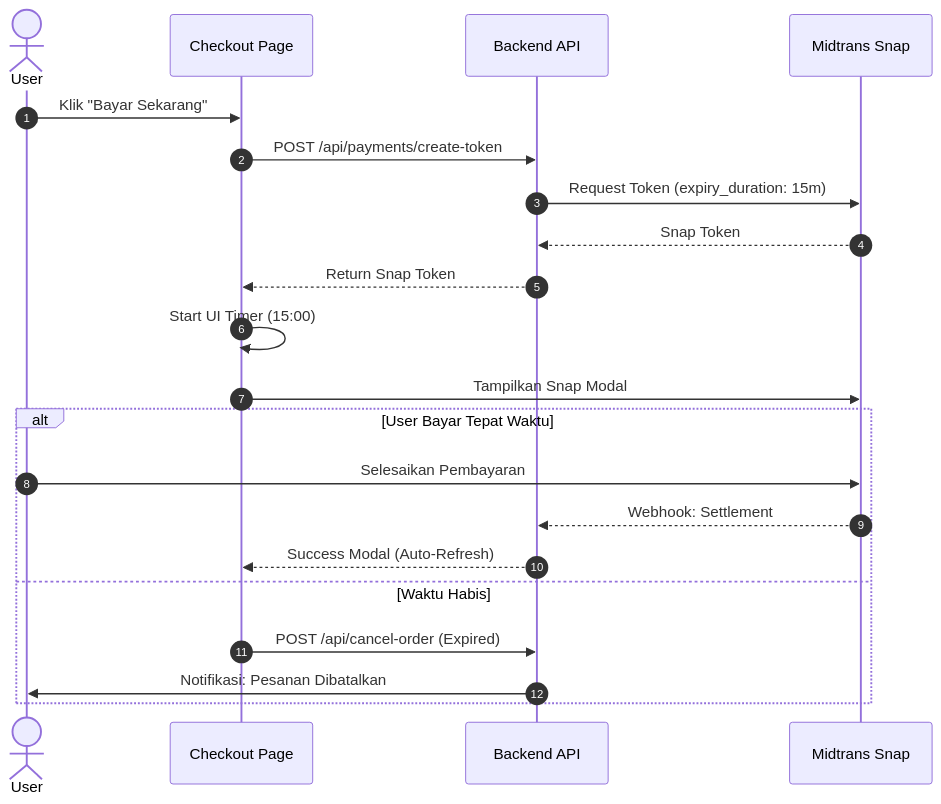
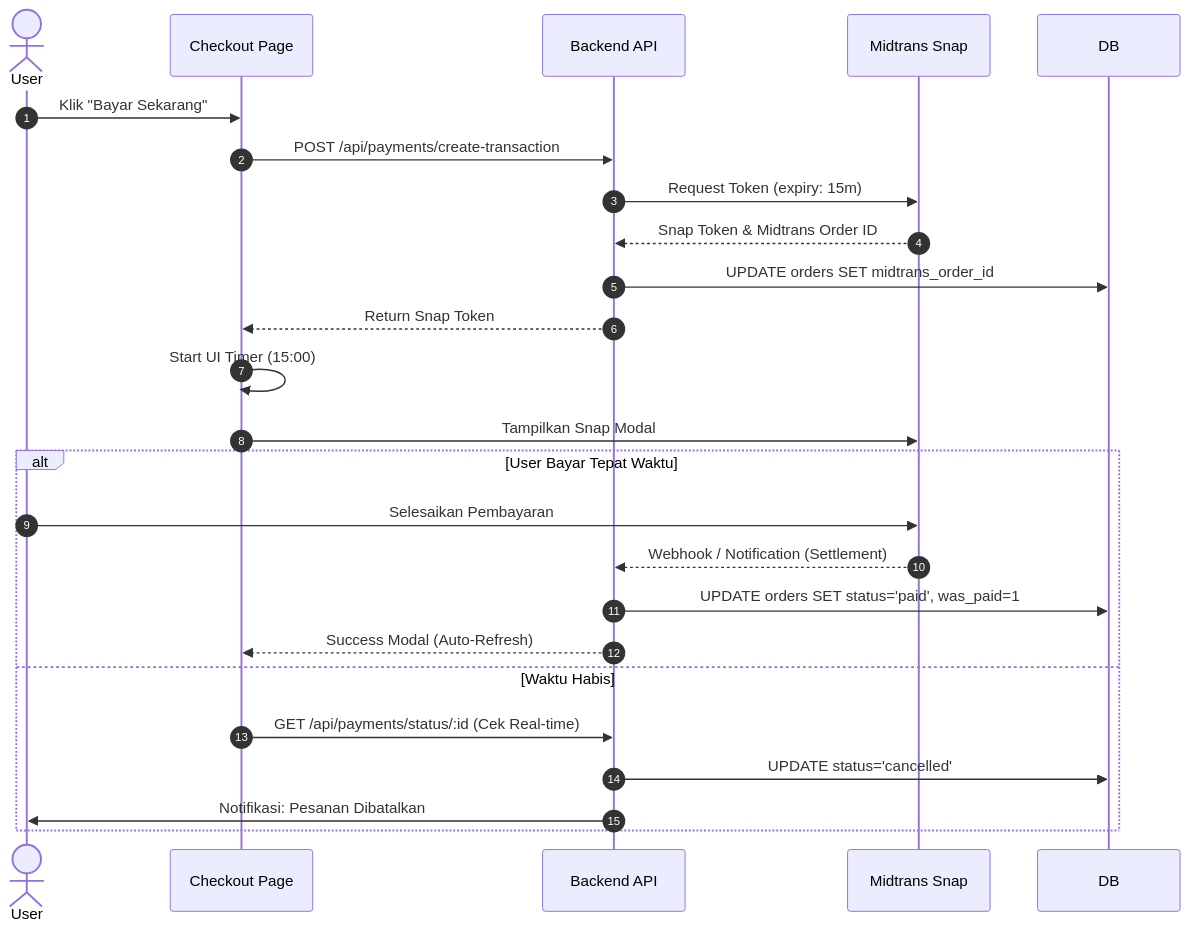
Before and after one commit to AkbarHusaini/website-reservasi-online-Ineri-suki: the fourth of 8 diagrams in DIAGRAM.md, drawn with Mermaid. The commit also changed other lines of this file and 7 other files, not shown here.

Commit message:
Update: slimmed admin UI scaling, added logo favicon, updated project name and architecture diagrams

````diff
--- a/DIAGRAM.md
+++ b/DIAGRAM.md
@@ -99,26 +99,29 @@
 ```mermaid
 sequenceDiagram
     autonumber
     actor User
     participant FE as Checkout Page
     participant BE as Backend API
     participant PG as Midtrans Snap
 
     User->>FE: Klik "Bayar Sekarang"
-    FE->>BE: POST /api/payments/create-token
-    BE->>PG: Request Token (expiry_duration: 15m)
-    PG-->>BE: Snap Token
+    FE->>BE: POST /api/payments/create-transaction
+    BE->>PG: Request Token (expiry: 15m)
+    PG-->>BE: Snap Token & Midtrans Order ID
+    BE->>DB: UPDATE orders SET midtrans_order_id
     BE-->>FE: Return Snap Token
     
     FE->>FE: Start UI Timer (15:00)
     FE->>PG: Tampilkan Snap Modal
     
     alt User Bayar Tepat Waktu
         User->>PG: Selesaikan Pembayaran
-        PG-->>BE: Webhook: Settlement
+        PG-->>BE: Webhook / Notification (Settlement)
+        BE->>DB: UPDATE orders SET status='paid', was_paid=1
         BE-->>FE: Success Modal (Auto-Refresh)
     else Waktu Habis
-        FE->>BE: POST /api/cancel-order (Expired)
+        FE->>BE: GET /api/payments/status/:id (Cek Real-time)
+        BE->>DB: UPDATE status='cancelled'
         BE->>User: Notifikasi: Pesanan Dibatalkan
     end
 ```
````
